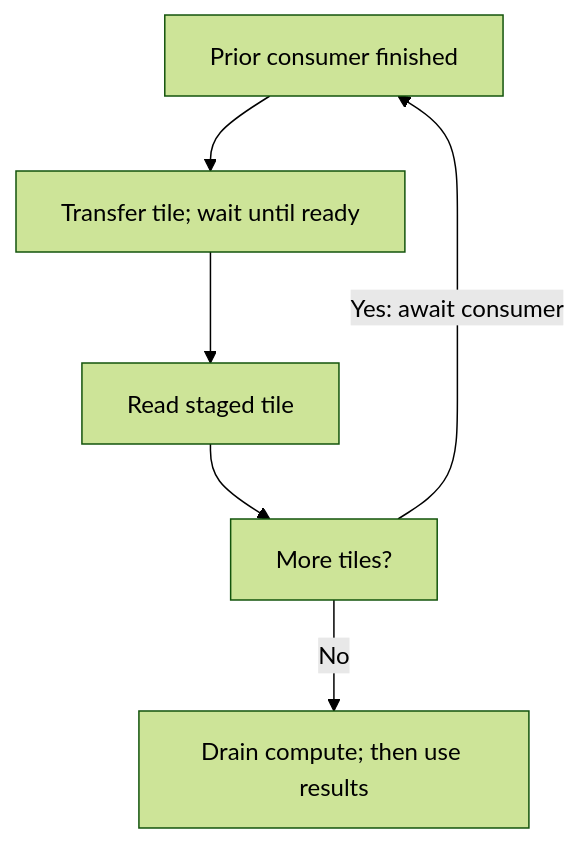
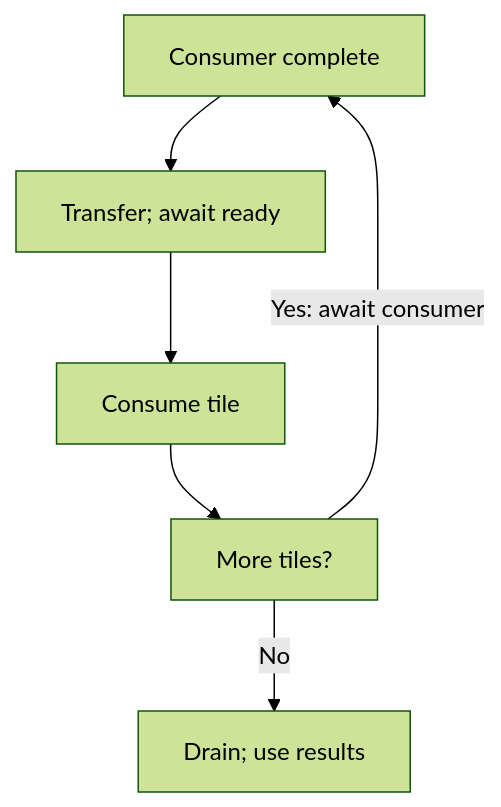
Before and after one commit to BlueBlazin/blueblazin.github.io: the diagram in courses/_source/gpu-kernels/visuals/pipeline-buffer-lifetime.mmd, drawn with Mermaid (forest theme). The commit also changed 407 other files, not shown here.

```diff
--- a/courses/_source/gpu-kernels/visuals/pipeline-buffer-lifetime.mmd
+++ b/courses/_source/gpu-kernels/visuals/pipeline-buffer-lifetime.mmd
@@ -1,8 +1,8 @@
 flowchart TB
   accTitle: Readiness and reuse protect different hazards
   accDescr: A shared buffer can be filled only after its previous consumer is finished. A consumer can read only after transfer completion. More work cycles through reuse; loop exit drains outstanding computation before results are used.
-  A["Prior consumer finished"] --> B["Transfer tile; wait until ready"]
-  B --> C["Read staged tile"]
+  A["Consumer complete"] --> B["Transfer; await ready"]
+  B --> C["Consume tile"]
   C --> D["More tiles?"]
   D -->|"Yes: await consumer"| A
-  D -->|"No"| E["Drain compute; then use results"]
+  D -->|"No"| E["Drain; use results"]
```
